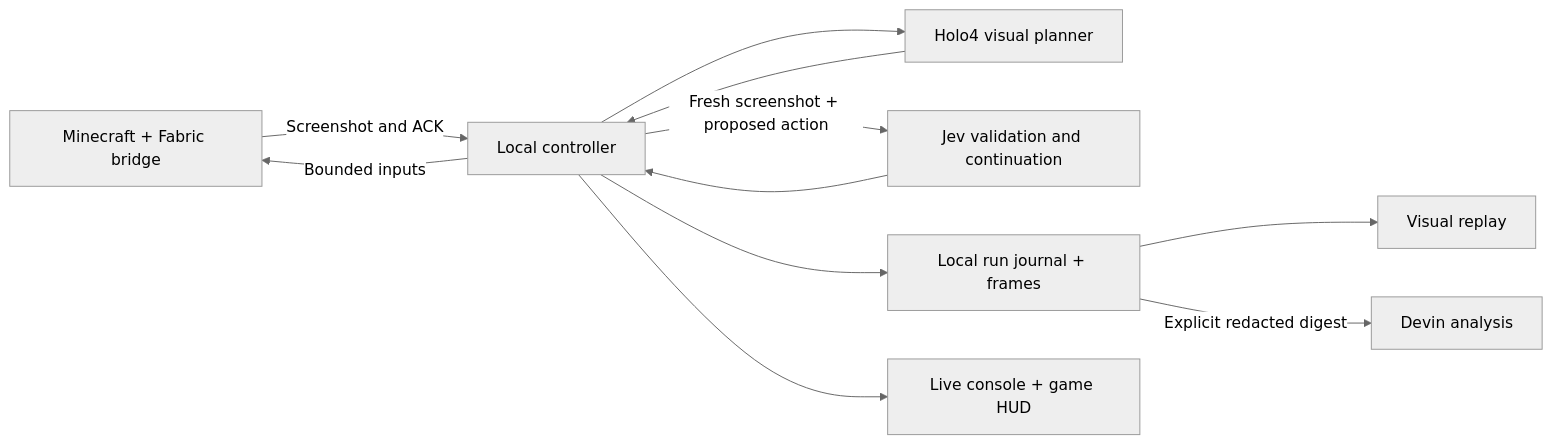
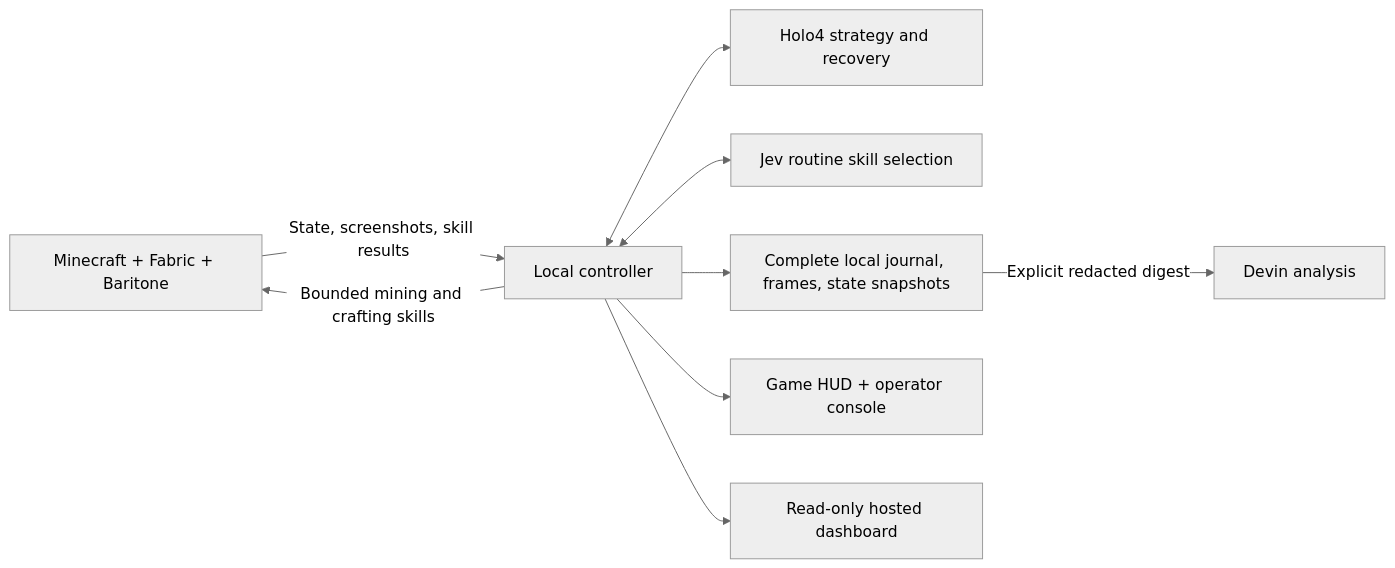
One commit to Kepard/42hackathon changed the diagram in README.md. Above: the diagram before and after it, drawn with Mermaid (neutral theme). The commit also changed other lines of this file and 98 other files, not shown here.

Commit message:
Build state-aware Nether runner and live operator dashboard

````diff
--- a/README.md
+++ b/README.md
@@ -179,13 +207,11 @@
 ```mermaid
 flowchart LR
-    MC[Minecraft + Fabric bridge] -->|Screenshot and ACK| C[Local controller]
-    C -->|Bounded inputs| MC
-    C --> H[Holo4 visual planner]
-    H --> C
-    C -->|Fresh screenshot + proposed action| J[Jev validation and continuation]
-    J --> C
-    C --> L[Local run journal + frames]
-    C --> UI[Live console + game HUD]
-    L --> R[Visual replay]
+    MC[Minecraft + Fabric + Baritone] -->|State, screenshots, skill results| C[Local controller]
+    C -->|Bounded mining and crafting skills| MC
+    C <--> H[Holo4 strategy and recovery]
+    C <--> J[Jev routine skill selection]
+    C --> L[Complete local journal, frames, state snapshots]
+    C --> UI[Game HUD + operator console]
+    C --> P[Read-only hosted dashboard]
     L -->|Explicit redacted digest| D[Devin analysis]
 ```
````
